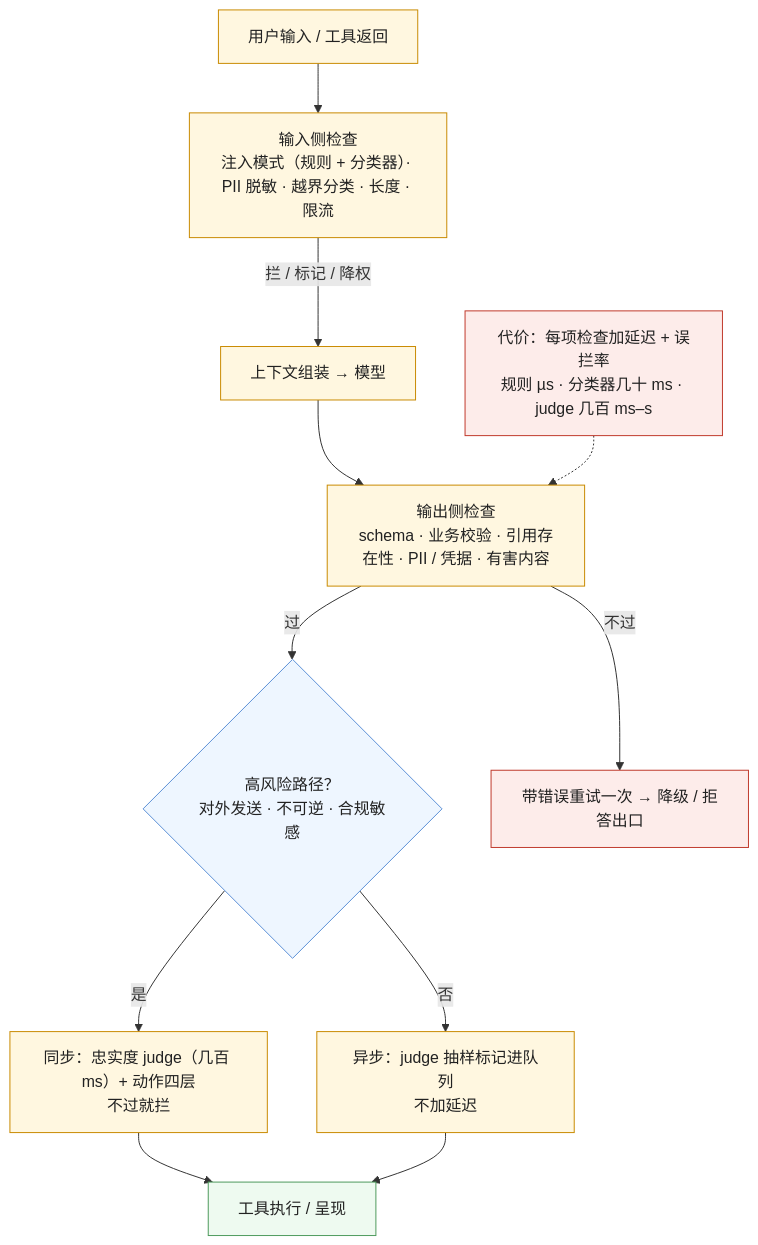
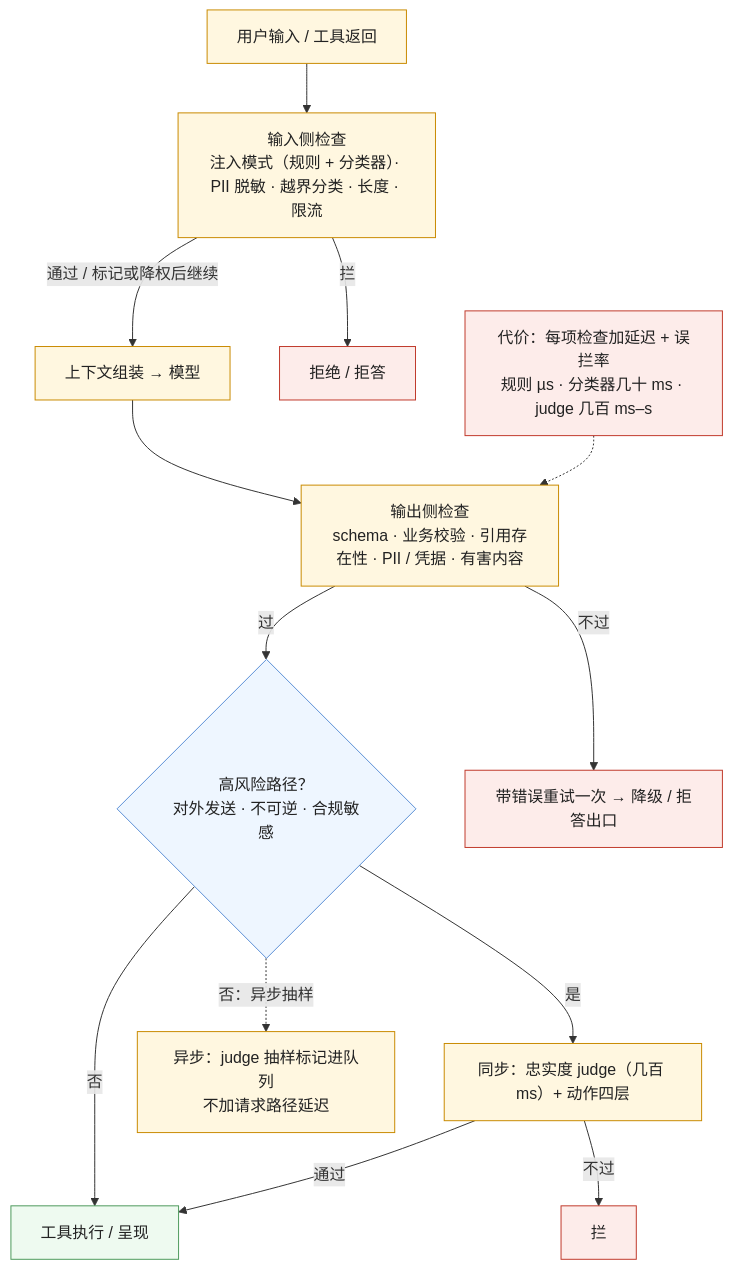
One commit to arganzheng/arganzheng.github.com changed the third of 7 diagrams in _posts/2026-11-06-runtime-reliability-and-simulation-for-the-physical-world.md. Above: the diagram before and after it, drawn with Mermaid. The commit also changed other lines of this file, not shown here.

Commit message:
评测可观测 07：检查位置图转 Mermaid，修正拦截与异步路径

````diff
--- a/_posts/2026-11-06-runtime-reliability-and-simulation-for-the-physical-world.md
+++ b/_posts/2026-11-06-runtime-reliability-and-simulation-for-the-physical-world.md
@@ -100,21 +110,24 @@
 ```mermaid
 %% 图：运行时 guardrails 的位置与代价——输入侧（注入 · PII · 越界 · 长度 · 限流）在上下文组装之前拦；输出侧（schema · 业务校验 · 引用存在 · PII · 有害 · 忠实度 · 动作四层）在工具执行与呈现之前拦 / 改写 / 重试 / 降级；规则微秒级同步做，分类器几十毫秒，judge 几百毫秒只放在高风险路径同步、其余异步标记进队列
 flowchart TB
     U["用户输入 / 工具返回"] --> IN["输入侧检查<br/>注入模式（规则 + 分类器）· PII 脱敏 · 越界分类 · 长度 · 限流"]
-    IN -->|"拦 / 标记 / 降权"| CTX["上下文组装 → 模型"]
+    IN -->|"通过 / 标记或降权后继续"| CTX["上下文组装 → 模型"]
+    IN -->|"拦"| BLOCK["拒绝 / 拒答"]
     CTX --> OUT["输出侧检查<br/>schema · 业务校验 · 引用存在性 · PII / 凭据 · 有害内容"]
     OUT -->|"过"| HR{"高风险路径？<br/>对外发送 · 不可逆 · 合规敏感"}
-    HR -->|"是"| SYNC["同步：忠实度 judge（几百 ms）+ 动作四层<br/>不过就拦"]
-    HR -->|"否"| ASYNC["异步：judge 抽样标记进队列<br/>不加延迟"]
-    SYNC & ASYNC --> ACT["工具执行 / 呈现"]
+    HR -->|"是"| SYNC["同步：忠实度 judge（几百 ms）+ 动作四层"]
+    HR -->|"否"| ACT["工具执行 / 呈现"]
+    HR -. "否：异步抽样" .-> ASYNC["异步：judge 抽样标记进队列<br/>不加请求路径延迟"]
+    SYNC -->|"通过"| ACT
+    SYNC -->|"不过"| STOP["拦"]
     OUT -->|"不过"| FIX["带错误重试一次 → 降级 / 拒答出口"]
     C["代价：每项检查加延迟 + 误拦率<br/>规则 µs · 分类器几十 ms · judge 几百 ms–s"] -.-> OUT
     classDef n fill:#fff7e0,stroke:#c98a00,color:#222
     classDef dec fill:#eef6ff,stroke:#5b8fd6,color:#222
     classDef ok fill:#eefaf0,stroke:#4d9a5c,color:#222
     classDef bad fill:#fdecea,stroke:#c0392b,color:#222
     class U,IN,CTX,OUT,SYNC,ASYNC n
     class HR dec
     class ACT ok
-    class FIX,C bad
+    class BLOCK,STOP,FIX,C bad
 ```
````
